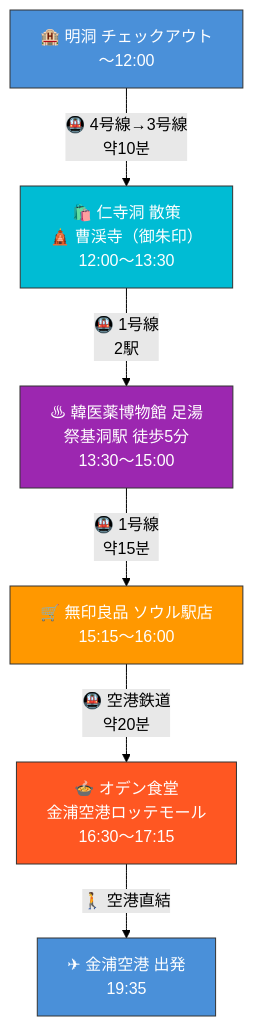
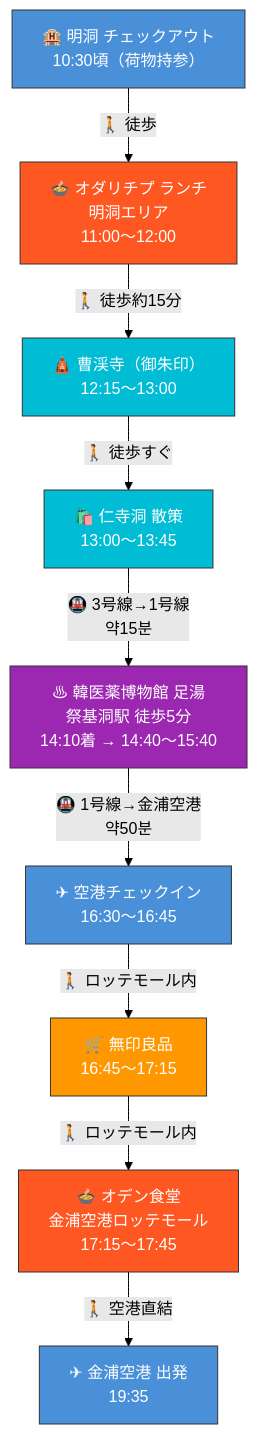
Before and after one commit to tipsyhipsy/k-trp: the third of 3 diagrams in 回遊ルート図.md, drawn with Mermaid (forest theme). The commit also changed 1 other file, not shown here.

Commit message:
3日目スケジュール更新: オダリチプ11時着・韓医薬14:40対応・空港先チェックイン
- チェックアウトを10:30に前倒し（荷物持って出発、ホテルに戻らない）
- オダリチプ 11:00〜12:00 でランチ
- 韓医薬博物館 14:10着（14:40セッション開始に対応）
- 金浦空港では先にチェックインして荷物を預けてから買い物・食事
- コインロッカー（鍾路3街駅）の案内を追加
- 回遊ルート図も合わせて更新

https://claude.ai/code/session_01Hap7ENvhVCbkKnkanVWw8m

````diff
--- a/回遊ルート図.md
+++ b/回遊ルート図.md
@@ -53,21 +53,30 @@
 ```mermaid
 flowchart TD
-    C1["🏨 明洞 チェックアウト\n〜12:00"] -->|"🚇 4号線→3号線\n약10분"| C2
+    C1["🏨 明洞 チェックアウト\n10:30頃（荷物持参）"] -->|"🚶 徒歩"| C2
 
-    C2["🛍️ 仁寺洞 散策\n🛕 曹渓寺（御朱印）\n12:00〜13:30"] -->|"🚇 1号線\n2駅"| C3
+    C2["🍲 オダリチプ ランチ\n明洞エリア\n11:00〜12:00"] -->|"🚶 徒歩約15分"| C3
 
-    C3["♨ 韓医薬博物館 足湯\n祭基洞駅 徒歩5分\n13:30〜15:00"] -->|"🚇 1号線\n약15분"| C4
+    C3["🛕 曹渓寺（御朱印）\n12:15〜13:00"] -->|"🚶 徒歩すぐ"| C4
 
-    C4["🛒 無印良品 ソウル駅店\n15:15〜16:00"] -->|"🚇 空港鉄道\n약20분"| C5
+    C4["🛍️ 仁寺洞 散策\n13:00〜13:45"] -->|"🚇 3号線→1号線\n약15분"| C5
 
-    C5["🍲 オデン食堂\n金浦空港ロッテモール\n16:30〜17:15"] -->|"🚶 空港直結"| C6
+    C5["♨ 韓医薬博物館 足湯\n祭基洞駅 徒歩5分\n14:10着 → 14:40〜15:40"] -->|"🚇 1号線→金浦空港\n약50분"| C6
 
-    C6["✈ 金浦空港 出発\n19:35"]
+    C6["✈ 空港チェックイン\n16:30〜16:45"] -->|"🚶 ロッテモール内"| C7
+
+    C7["🛒 無印良品\n16:45〜17:15"] -->|"🚶 ロッテモール内"| C8
+
+    C8["🍲 オデン食堂\n金浦空港ロッテモール\n17:15〜17:45"] -->|"🚶 空港直結"| C9
+
+    C9["✈ 金浦空港 出発\n19:35"]
 
     style C1 fill:#4A90D9,color:#fff,stroke:#333
-    style C2 fill:#00BCD4,color:#fff,stroke:#333
-    style C3 fill:#9C27B0,color:#fff,stroke:#333
-    style C4 fill:#FF9800,color:#fff,stroke:#333
-    style C5 fill:#FF5722,color:#fff,stroke:#333
+    style C2 fill:#FF5722,color:#fff,stroke:#333
+    style C3 fill:#00BCD4,color:#fff,stroke:#333
+    style C4 fill:#00BCD4,color:#fff,stroke:#333
+    style C5 fill:#9C27B0,color:#fff,stroke:#333
     style C6 fill:#4A90D9,color:#fff,stroke:#333
+    style C7 fill:#FF9800,color:#fff,stroke:#333
+    style C8 fill:#FF5722,color:#fff,stroke:#333
+    style C9 fill:#4A90D9,color:#fff,stroke:#333
 ```
````
